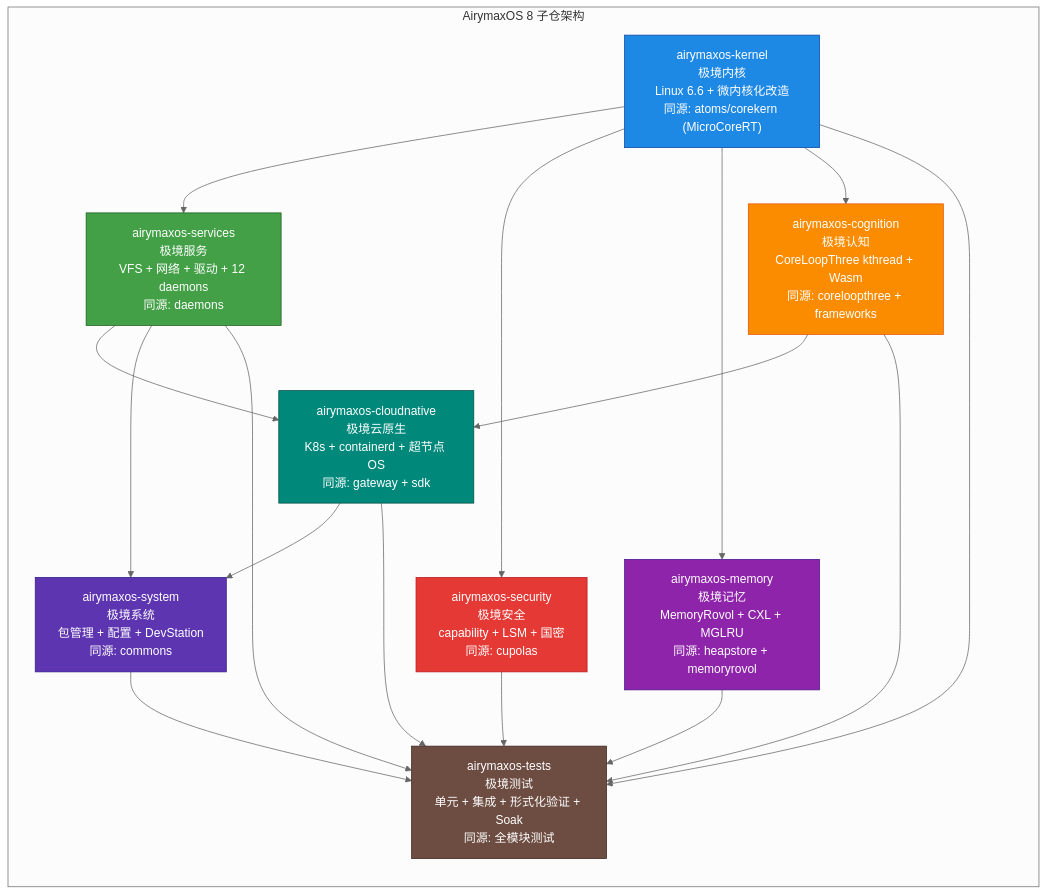
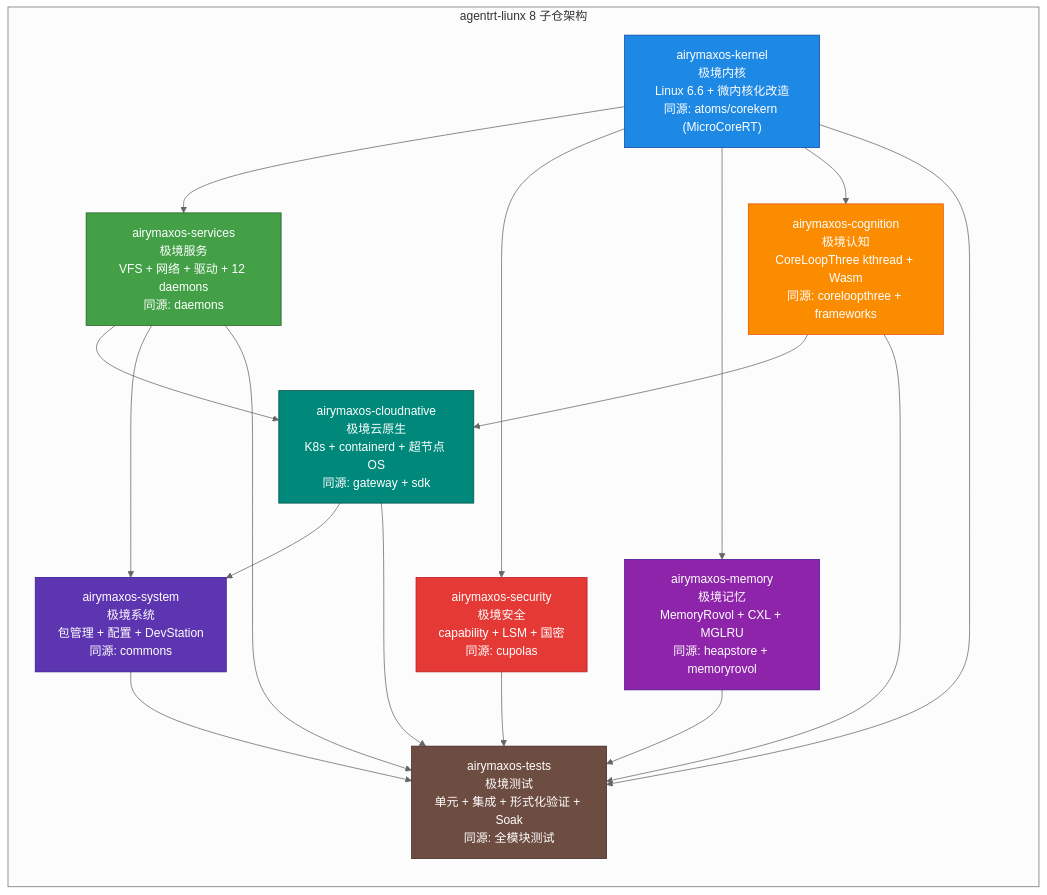
The first of 2 diagrams in AirymaxAgentOS/10-architecture/README.md (openairymax/docs), drawn with Mermaid (neutral theme) before and after one commit. The commit also changed other lines of this file and 99 other files, not shown here.

````diff
--- a/AirymaxAgentOS/10-architecture/README.md
+++ b/AirymaxAgentOS/10-architecture/README.md
@@ -48,49 +48,49 @@
 ```mermaid
 graph TB
-    subgraph "AirymaxOS 8 子仓架构"
+    subgraph "agentrt-liunx 8 子仓架构"
         direction TB
 
         KERNEL["airymaxos-kernel<br/>极境内核<br/>Linux 6.6 + 微内核化改造<br/>同源: atoms/corekern (MicroCoreRT)"]
         SERVICES["airymaxos-services<br/>极境服务<br/>VFS + 网络 + 驱动 + 12 daemons<br/>同源: daemons"]
         SECURITY["airymaxos-security<br/>极境安全<br/>capability + LSM + 国密<br/>同源: cupolas"]
         MEMORY["airymaxos-memory<br/>极境记忆<br/>MemoryRovol + CXL + MGLRU<br/>同源: heapstore + memoryrovol"]
         COGNITION["airymaxos-cognition<br/>极境认知<br/>CoreLoopThree kthread + Wasm<br/>同源: coreloopthree + frameworks"]
         CLOUDNATIVE["airymaxos-cloudnative<br/>极境云原生<br/>K8s + containerd + 超节点 OS<br/>同源: gateway + sdk"]
         SYSTEM["airymaxos-system<br/>极境系统<br/>包管理 + 配置 + DevStation<br/>同源: commons"]
         TESTS["airymaxos-tests<br/>极境测试<br/>单元 + 集成 + 形式化验证 + Soak<br/>同源: 全模块测试"]
 
         KERNEL --> SERVICES
         KERNEL --> SECURITY
         KERNEL --> MEMORY
         KERNEL --> COGNITION
         SERVICES --> CLOUDNATIVE
         COGNITION --> CLOUDNATIVE
         SERVICES --> SYSTEM
         CLOUDNATIVE --> SYSTEM
         KERNEL --> TESTS
         SERVICES --> TESTS
         SECURITY --> TESTS
         MEMORY --> TESTS
         COGNITION --> TESTS
         CLOUDNATIVE --> TESTS
         SYSTEM --> TESTS
     end
 
     classDef kernelStyle fill:#1e88e5,stroke:#0d47a1,color:#ffffff
     classDef serviceStyle fill:#43a047,stroke:#1b5e20,color:#ffffff
     classDef securityStyle fill:#e53935,stroke:#b71c1c,color:#ffffff
     classDef memoryStyle fill:#8e24aa,stroke:#4a148c,color:#ffffff
     classDef cognitionStyle fill:#fb8c00,stroke:#e65100,color:#ffffff
     classDef cloudStyle fill:#00897b,stroke:#004d40,color:#ffffff
     classDef systemStyle fill:#5e35b1,stroke:#311b92,color:#ffffff
     classDef testStyle fill:#6d4c41,stroke:#3e2723,color:#ffffff
 
     class KERNEL kernelStyle
     class SERVICES serviceStyle
     class SECURITY securityStyle
     class MEMORY memoryStyle
     class COGNITION cognitionStyle
     class CLOUDNATIVE cloudStyle
     class SYSTEM systemStyle
     class TESTS testStyle
 ```
````
